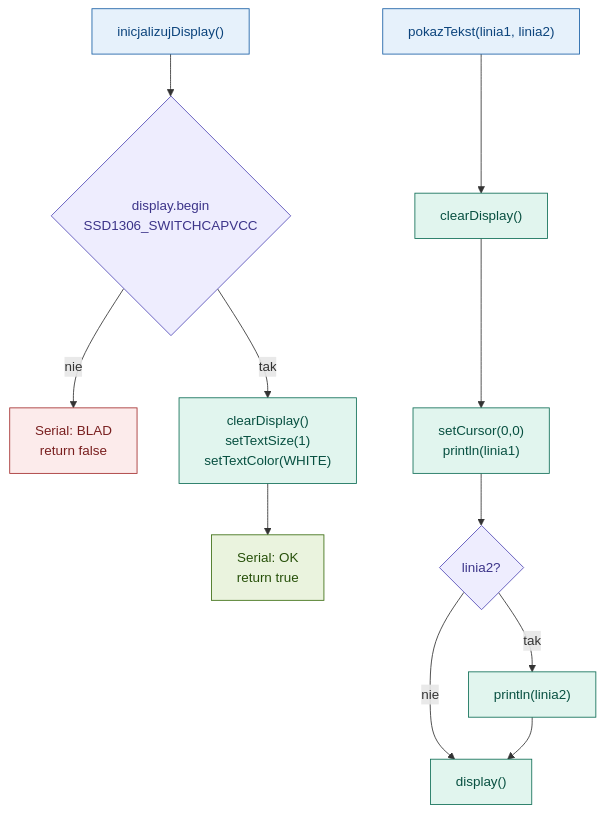
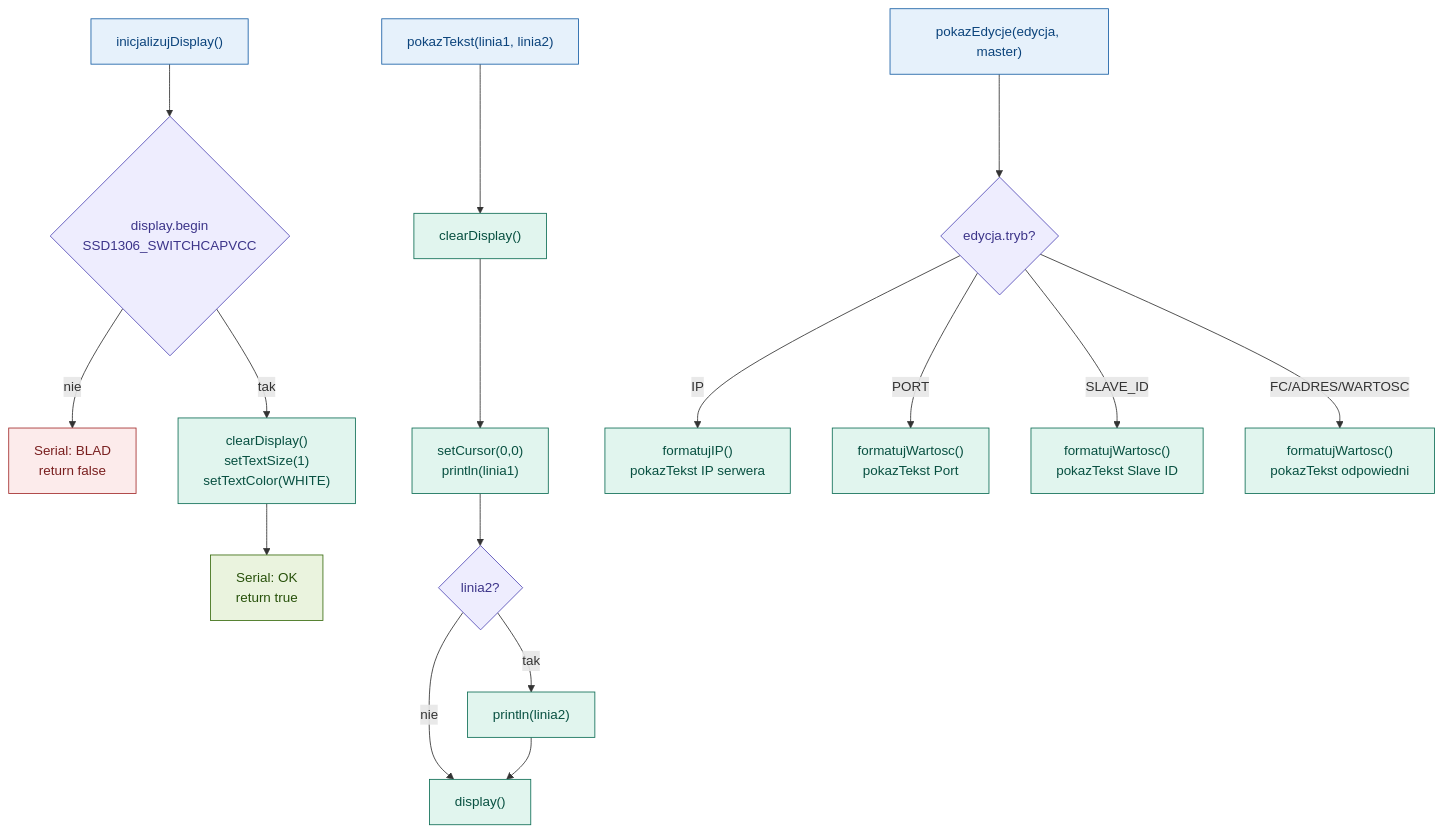
The fifth of 9 diagrams in README.md (przemek2508p/esp32-modbus-w5500), drawn with Mermaid before and after one commit. The commit also changed other lines of this file, not shown here.

Commit message:
docs(readme): etap 5 konfiguracja - diagramy edycji wartosci i glownej petli

````diff
--- a/README.md
+++ b/README.md
@@ -245,20 +245,26 @@
 ```mermaid
 flowchart TD
     A["inicjalizujDisplay()"]:::blue --> B{"display.begin<br/>SSD1306_SWITCHCAPVCC"}:::purple
     B -- nie --> C["Serial: BLAD<br/>return false"]:::red
     B -- tak --> D["clearDisplay()<br/>setTextSize(1)<br/>setTextColor(WHITE)"]:::teal
     D --> E["Serial: OK<br/>return true"]:::green
- 
+
     F["pokazTekst(linia1, linia2)"]:::blue --> G["clearDisplay()"]:::teal
     G --> H["setCursor(0,0)<br/>println(linia1)"]:::teal
     H --> I{"linia2?"}:::purple
     I -- tak --> J["println(linia2)"]:::teal
     I -- nie --> K["display()"]:::teal
     J --> K
- 
+
+    L["pokazEdycje(edycja, master)"]:::blue --> M{"edycja.tryb?"}:::purple
+    M -- IP --> N["formatujIP()<br/>pokazTekst IP serwera"]:::teal
+    M -- PORT --> O["formatujWartosc()<br/>pokazTekst Port"]:::teal
+    M -- SLAVE_ID --> P["formatujWartosc()<br/>pokazTekst Slave ID"]:::teal
+    M -- FC/ADRES/WARTOSC --> Q["formatujWartosc()<br/>pokazTekst odpowiedni"]:::teal
+
     classDef blue fill:#E6F1FB,stroke:#185FA5,color:#0C447C
     classDef purple fill:#EEEDFE,stroke:#534AB7,color:#3C3489
     classDef green fill:#EAF3DE,stroke:#3B6D11,color:#27500A
     classDef teal fill:#E1F5EE,stroke:#0F6E56,color:#085041
     classDef red fill:#FCEBEB,stroke:#A32D2D,color:#791F1F
 ```
````
